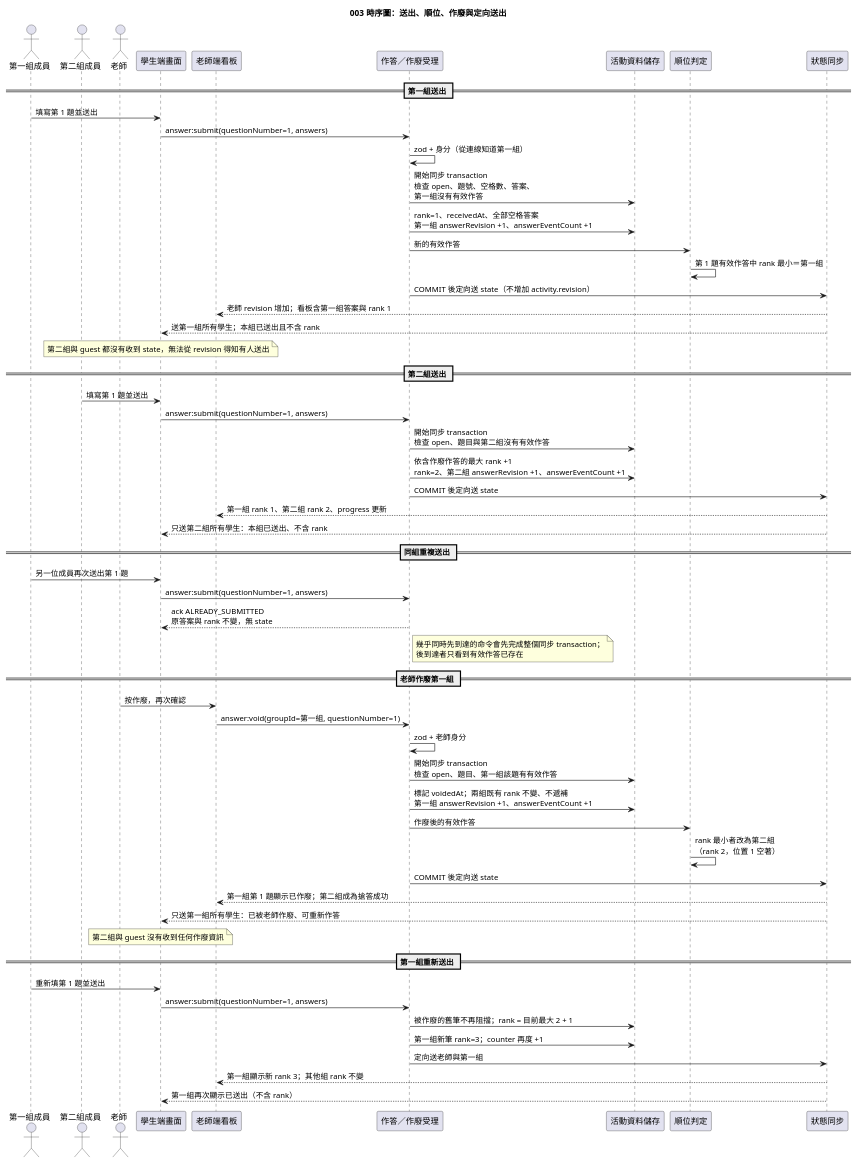
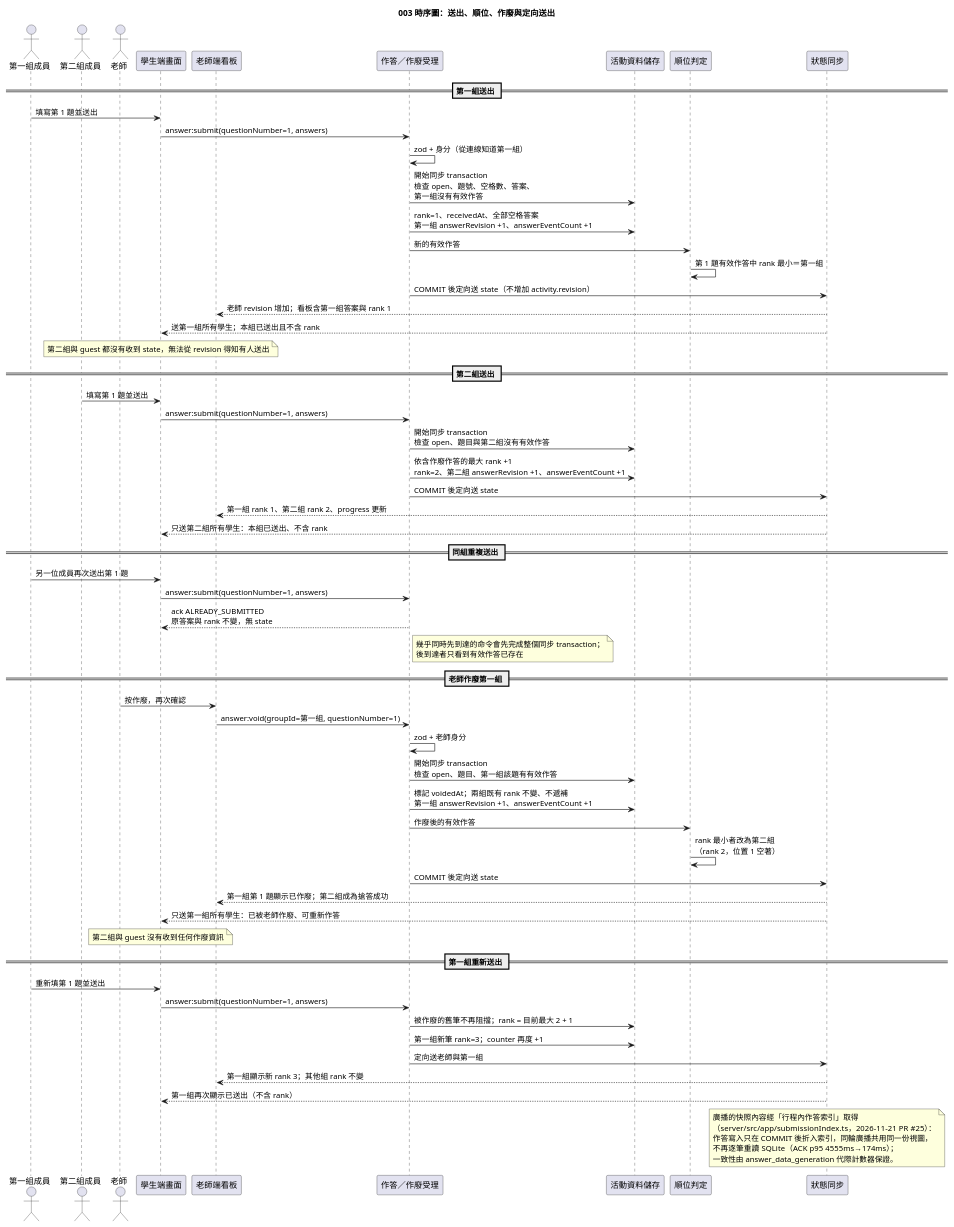
The diagram in diagrams/003-buzz-in-seq-submit.puml (Danielweng0902/Answering-System_speckit), drawn with PlantUML before and after one commit. The commit also changed 13 other files, not shown here.

First line of the commit message:
docs(diagrams): 補上 #25/#26/#28 新增模組的圖、plan 對應與 tasks 補記

```diff
--- a/diagrams/003-buzz-in-seq-submit.puml
+++ b/diagrams/003-buzz-in-seq-submit.puml
@@ -1,75 +1,83 @@
 @startuml
 title 003 時序圖：送出、順位、作廢與定向送出
 
 actor "第一組成員" as S1
 actor "第二組成員" as S2
 actor "老師" as Teacher
 participant "學生端畫面" as U
 participant "老師端看板" as T
 participant "作答／作廢受理" as I
 participant "活動資料儲存" as D
 participant "順位判定" as R
 participant "狀態同步" as B
 
 == 第一組送出 ==
 
 S1 -> U : 填寫第 1 題並送出
 U -> I : answer:submit(questionNumber=1, answers)
 I -> I : zod + 身分（從連線知道第一組）
 I -> D : 開始同步 transaction\n檢查 open、題號、空格數、答案、\n第一組沒有有效作答
 I -> D : rank=1、receivedAt、全部空格答案\n第一組 answerRevision +1、answerEventCount +1
 I -> R : 新的有效作答
 R -> R : 第 1 題有效作答中 rank 最小＝第一組
 I -> B : COMMIT 後定向送 state（不增加 activity.revision）
 B --> T : 老師 revision 增加；看板含第一組答案與 rank 1
 B --> U : 送第一組所有學生；本組已送出且不含 rank
 note over U
   第二組與 guest 都沒有收到 state，無法從 revision 得知有人送出
 end note
 
 == 第二組送出 ==
 
 S2 -> U : 填寫第 1 題並送出
 U -> I : answer:submit(questionNumber=1, answers)
 I -> D : 開始同步 transaction\n檢查 open、題目與第二組沒有有效作答
 I -> D : 依含作廢作答的最大 rank +1\nrank=2、第二組 answerRevision +1、answerEventCount +1
 I -> B : COMMIT 後定向送 state
 B --> T : 第一組 rank 1、第二組 rank 2、progress 更新
 B --> U : 只送第二組所有學生：本組已送出、不含 rank
 
 == 同組重複送出 ==
 
 S1 -> U : 另一位成員再次送出第 1 題
 U -> I : answer:submit(questionNumber=1, answers)
 I --> U : ack ALREADY_SUBMITTED\n原答案與 rank 不變，無 state
 note right of I
   幾乎同時先到達的命令會先完成整個同步 transaction；
   後到達者只看到有效作答已存在
 end note
 
 == 老師作廢第一組 ==
 
 Teacher -> T : 按作廢，再次確認
 T -> I : answer:void(groupId=第一組, questionNumber=1)
 I -> I : zod + 老師身分
 I -> D : 開始同步 transaction\n檢查 open、題目、第一組該題有有效作答
 I -> D : 標記 voidedAt；兩組既有 rank 不變、不遞補\n第一組 answerRevision +1、answerEventCount +1
 I -> R : 作廢後的有效作答
 R -> R : rank 最小者改為第二組\n（rank 2，位置 1 空著）
 I -> B : COMMIT 後定向送 state
 B --> T : 第一組第 1 題顯示已作廢；第二組成為搶答成功
 B --> U : 只送第一組所有學生：已被老師作廢、可重新作答
 note over U
   第二組與 guest 沒有收到任何作廢資訊
 end note
 
 == 第一組重新送出 ==
 
 S1 -> U : 重新填第 1 題並送出
 U -> I : answer:submit(questionNumber=1, answers)
 I -> D : 被作廢的舊筆不再阻擋；rank = 目前最大 2 + 1
 I -> D : 第一組新筆 rank=3；counter 再度 +1
 I -> B : 定向送老師與第一組
 B --> T : 第一組顯示新 rank 3；其他組 rank 不變
 B --> U : 第一組再次顯示已送出（不含 rank）
+
+note over B
+  廣播的快照內容經「行程內作答索引」取得
+  （server/src/app/submissionIndex.ts，2026-11-21 PR #25）：
+  作答寫入只在 COMMIT 後折入索引，同輪廣播共用同一份視圖，
+  不再逐筆重讀 SQLite（ACK p95 4555ms→174ms）；
+  一致性由 answer_data_generation 代際計數器保證。
+end note
 @enduml
```
